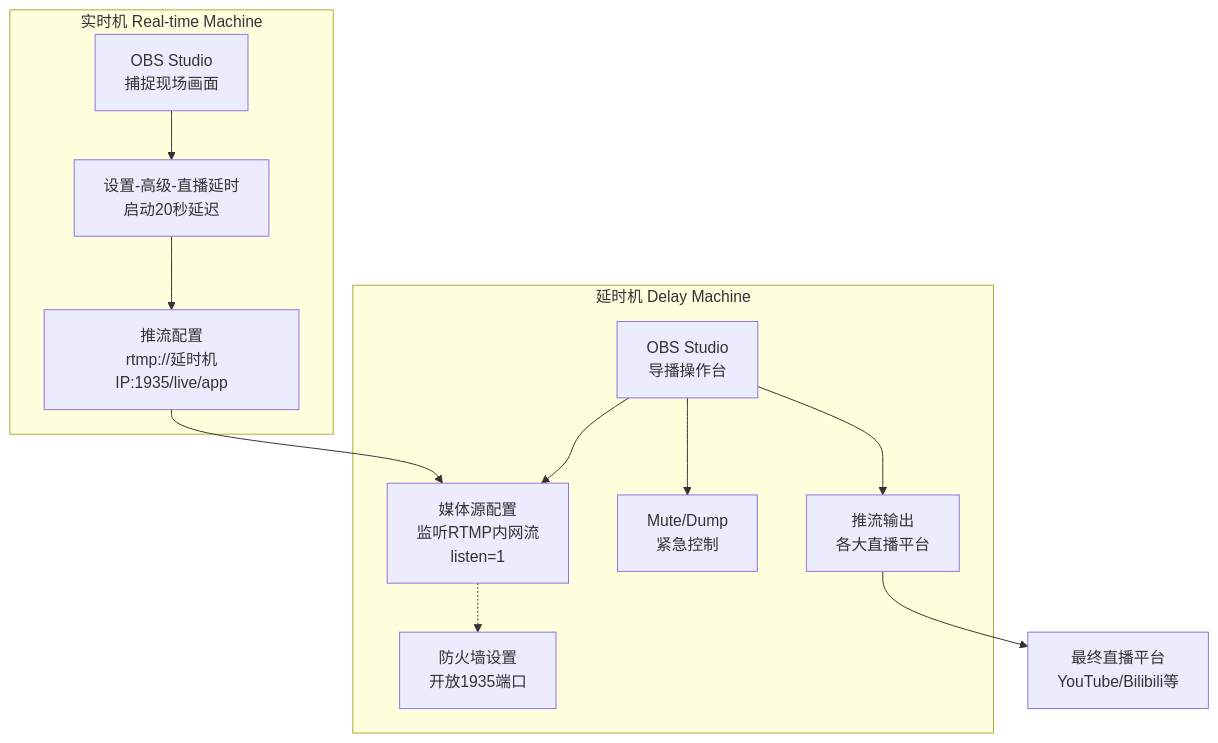
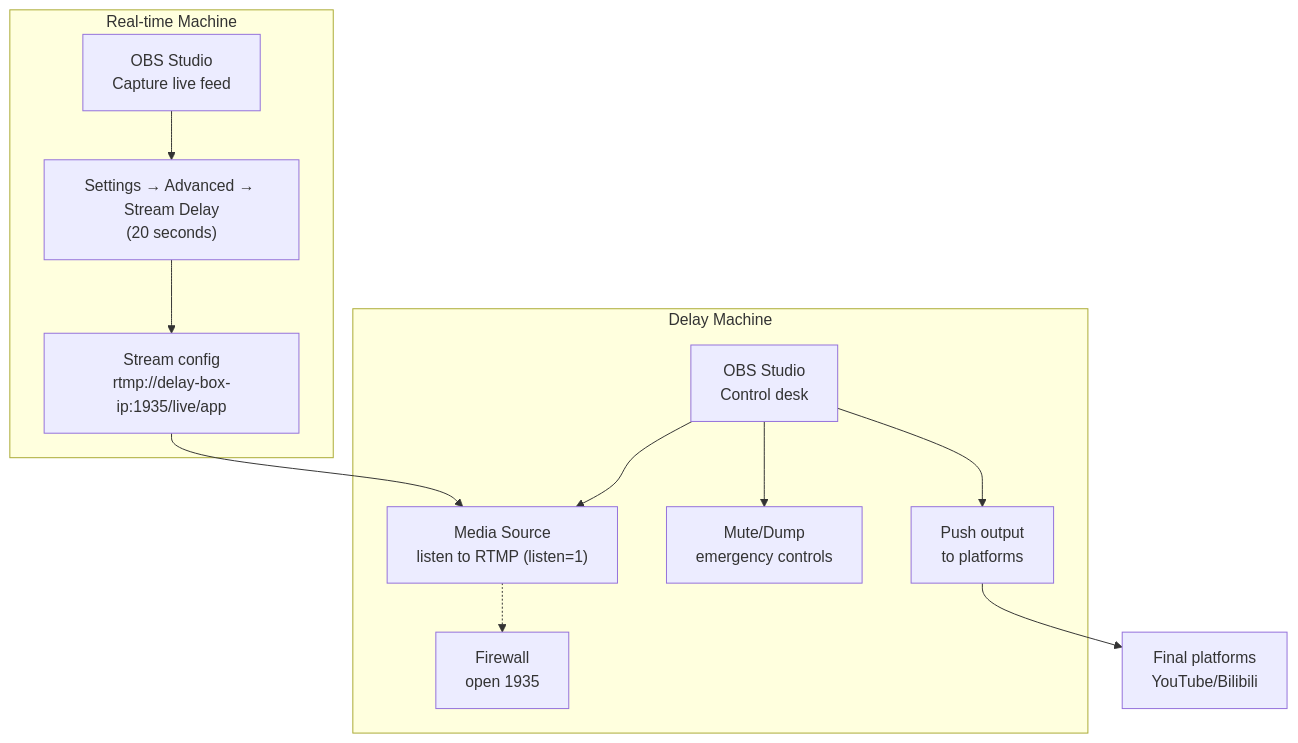
One commit to gaezon/AstroPaper-blog changed the diagram in src/data/blog/en/OBS-safe-broadcast-pitfalls.md. Above: the diagram before and after it, drawn with Mermaid. The commit also changed other lines of this file, not shown here.

Commit message:
feat(blog-en): translate and update RTMP setup instructions for OBS safe broadcast article

````diff
--- a/src/data/blog/en/OBS-safe-broadcast-pitfalls.md
+++ b/src/data/blog/en/OBS-safe-broadcast-pitfalls.md
@@ -175,28 +175,28 @@
 ```mermaid
 graph TD
-    subgraph A ["实时机 Real-time Machine"]
-        A1["OBS Studio<br/>捕捉现场画面"]
-        A2["设置-高级-直播延时<br/>启动20秒延迟"]
-        A3["推流配置<br/>rtmp://延时机IP:1935/live/app"]
+    subgraph A ["Real-time Machine"]
+        A1["OBS Studio<br/>Capture live feed"]
+        A2["Settings → Advanced → Stream Delay<br/>(20 seconds)"]
+        A3["Stream config<br/>rtmp://delay-box-ip:1935/live/app"]
         A1 --> A2
         A2 --> A3
     end
 
-    subgraph B ["延时机 Delay Machine"]
-        B1["OBS Studio<br/>导播操作台"]
-        B2["媒体源配置<br/>监听RTMP内网流<br/>listen=1"]
-        B3["Mute/Dump<br/>紧急控制"]
-        B4["推流输出<br/>各大直播平台"]
-        B5["防火墙设置<br/>开放1935端口"]
+    subgraph B ["Delay Machine"]
+        B1["OBS Studio<br/>Control desk"]
+        B2["Media Source<br/>listen to RTMP (listen=1)"]
+        B3["Mute/Dump<br/>emergency controls"]
+        B4["Push output<br/>to platforms"]
+        B5["Firewall<br/>open 1935"]
 
         B1 --> B2
         B1 --> B3
         B1 --> B4
         B2 -.-> B5
     end
 
-    C["最终直播平台<br/>YouTube/Bilibili等"]
+    C["Final platforms<br/>YouTube/Bilibili"]
 
     A3 --> B2
     B4 --> C
 ```
````
